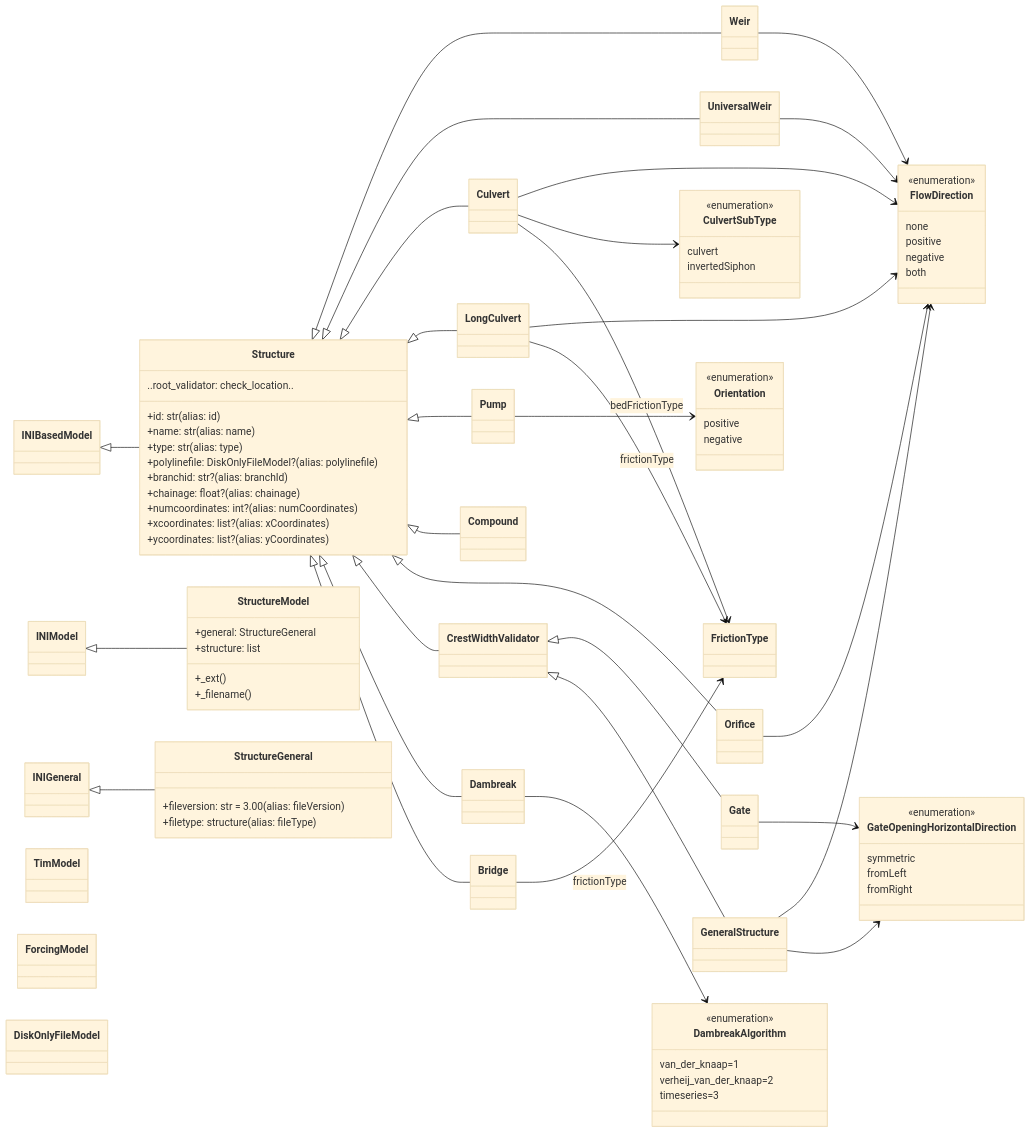
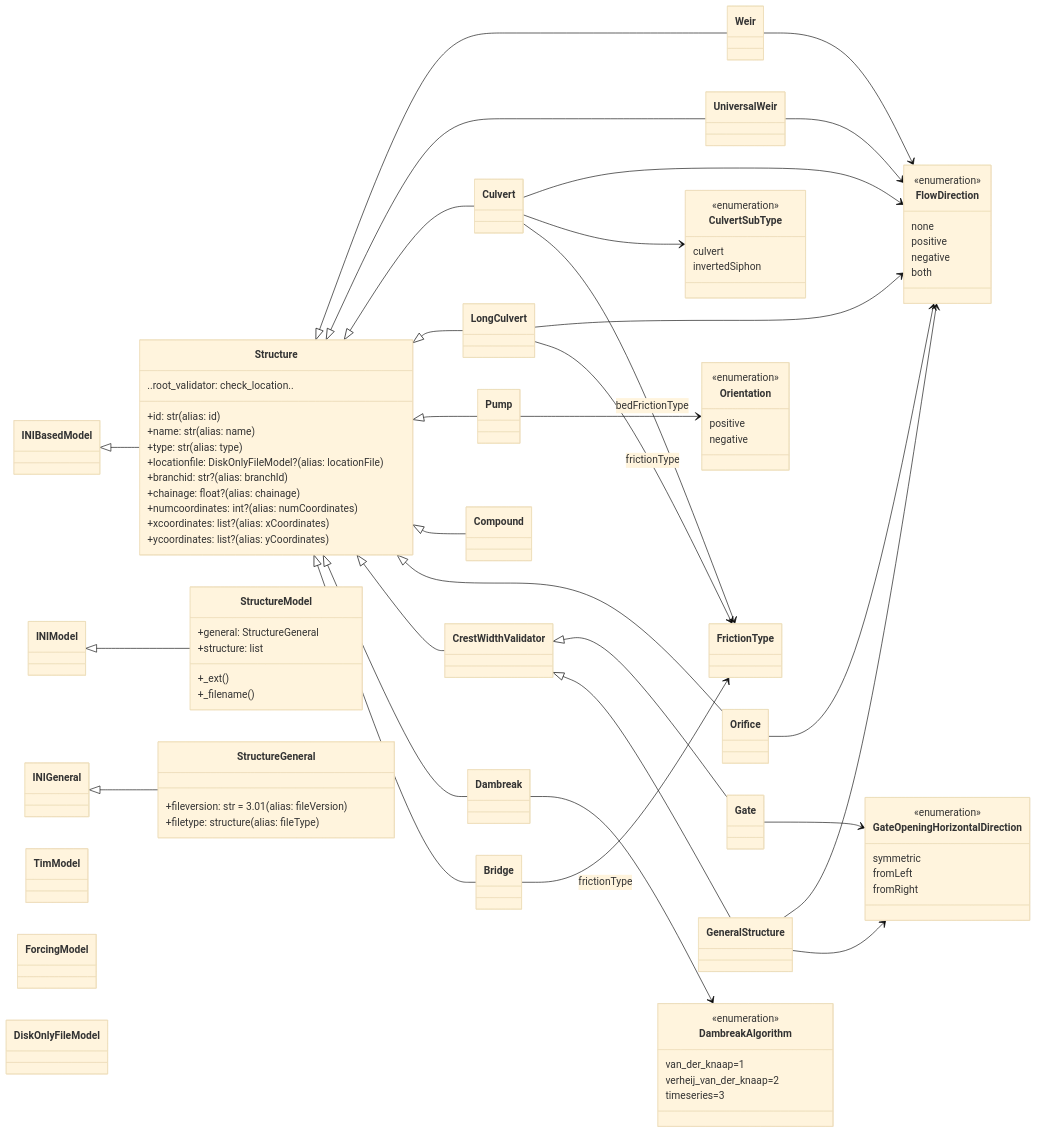
One commit to Deltares/HYDROLIB-core changed the first of 9 diagrams in docs/reference/dflowfm/external-forcing/structures/structure-overview.md. Above: the diagram before and after it, drawn with Mermaid (base theme). The commit also changed other lines of this file, not shown here.

```diff
--- a/docs/reference/dflowfm/external-forcing/structures/structure-overview.md
+++ b/docs/reference/dflowfm/external-forcing/structures/structure-overview.md
@@ -25,7 +25,7 @@
       +id: str  (alias: id)
       +name: str  (alias: name)
       +type: str  (alias: type)
-      +polylinefile: DiskOnlyFileModel?  (alias: polylinefile)
+      +locationfile: DiskOnlyFileModel?  (alias: locationFile)
       +branchid: str?  (alias: branchId)
       +chainage: float?  (alias: chainage)
       +numcoordinates: int?  (alias: numCoordinates)
@@ -54,7 +54,7 @@
     }
 
     class StructureGeneral {
-      +fileversion: str = 3.00  (alias: fileVersion)
+      +fileversion: str = 3.01  (alias: fileVersion)
       +filetype: structure  (alias: fileType)
     }
 
```
